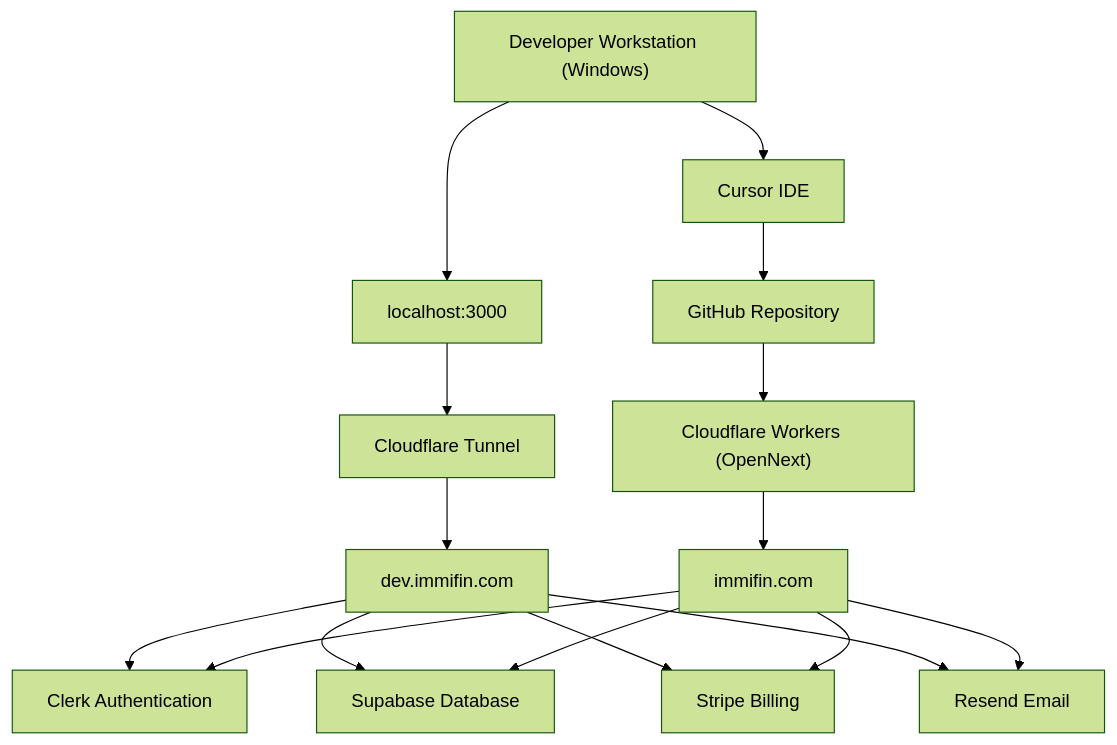
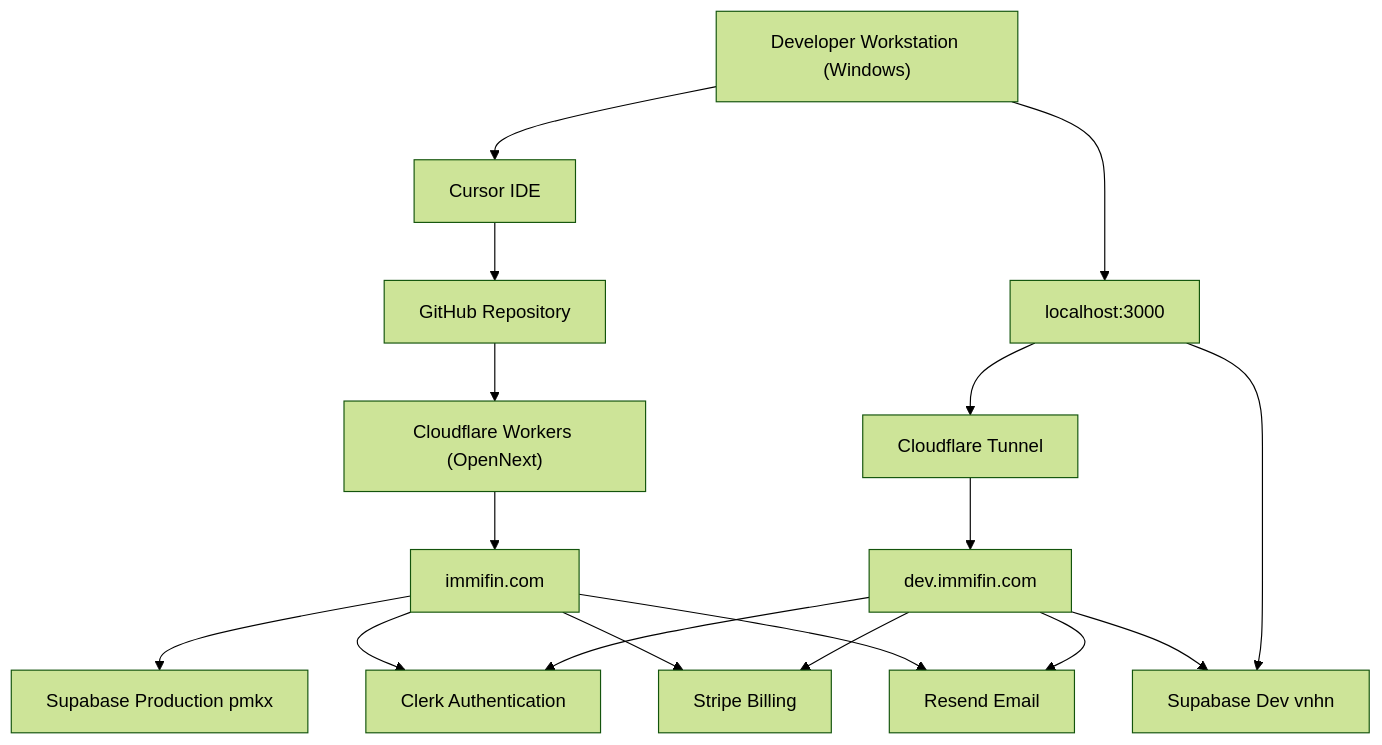
Before and after one commit to adminjodiba/immifin: the first of 2 diagrams in docs/SYSTEM_ARCHITECTURE.md, drawn with Mermaid (forest theme). The commit also changed other lines of this file and 5 other files, not shown here.

Commit message:
docs: record Production Supabase cutover closeout

````diff
--- a/docs/SYSTEM_ARCHITECTURE.md
+++ b/docs/SYSTEM_ARCHITECTURE.md
@@ -70,51 +70,54 @@
 ```mermaid
 flowchart TD
 
 Developer["Developer Workstation (Windows)"]
 
 Cursor["Cursor IDE"]
 
 GitHub["GitHub Repository"]
 
 CFWorkers["Cloudflare Workers (OpenNext)"]
 
 Tunnel["Cloudflare Tunnel"]
 
 Local["localhost:3000"]
 
 Dev["dev.immifin.com"]
 
 Prod["immifin.com"]
 
 Clerk["Clerk Authentication"]
 
-Supabase["Supabase Database"]
+SupabaseDev["Supabase Dev vnhn"]
+
+SupabaseProd["Supabase Production pmkx"]
 
 Stripe["Stripe Billing"]
 
 Resend["Resend Email"]
 
 Developer --> Cursor
 
 Developer --> Local
 
 Local --> Tunnel
 
 Tunnel --> Dev
 
 Cursor --> GitHub
 
 GitHub --> CFWorkers
 
 CFWorkers --> Prod
 
+Local --> SupabaseDev
 Dev --> Clerk
-Dev --> Supabase
+Dev --> SupabaseDev
 Dev --> Stripe
 Dev --> Resend
 
 Prod --> Clerk
-Prod --> Supabase
+Prod --> SupabaseProd
 Prod --> Stripe
 Prod --> Resend
 ```
````
